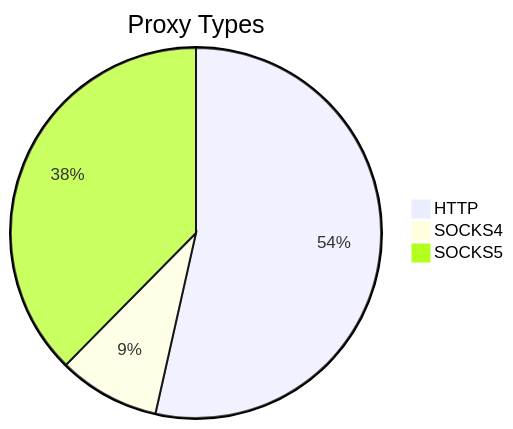
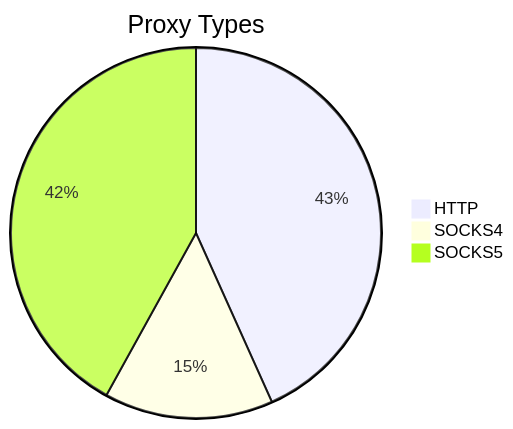
Before and after one commit to stormsia/proxy-list: the first of 2 diagrams in README.md, drawn with Mermaid. The commit also changed other lines of this file, not shown here.

````diff
--- a/README.md
+++ b/README.md
@@ -21,6 +21,6 @@
 ```mermaid
 pie title Proxy Types
-    "HTTP" : 175
-    "SOCKS4" : 29
-    "SOCKS5" : 123
+    "HTTP" : 264
+    "SOCKS4" : 90
+    "SOCKS5" : 256
 ```
````
